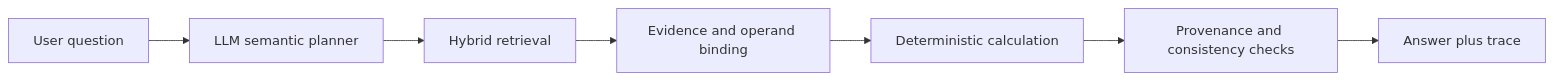
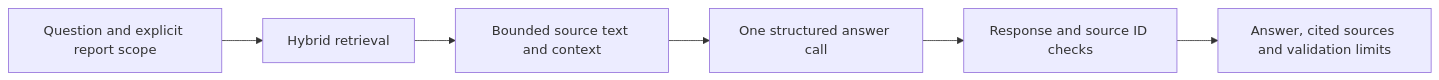
One commit to woojune511/dart-rag-agent changed the diagram in README.md. Above: the diagram before and after it, drawn with Mermaid. The commit also changed other lines of this file and 25 other files, not shown here.

````diff
--- a/README.md
+++ b/README.md
@@ -28,9 +14,8 @@
 ```mermaid
 flowchart LR
-    Q["User question"] --> P["LLM semantic planner"]
-    P --> R["Hybrid retrieval"]
-    R --> E["Evidence and operand binding"]
-    E --> C["Deterministic calculation"]
-    C --> V["Provenance and consistency checks"]
-    V --> A["Answer plus trace"]
+    Q[Question and explicit report scope] --> R[Hybrid retrieval]
+    R --> E[Bounded source text and context]
+    E --> A[One structured answer call]
+    A --> V[Response and source ID checks]
+    V --> O[Answer, cited sources and validation limits]
 ```
````
